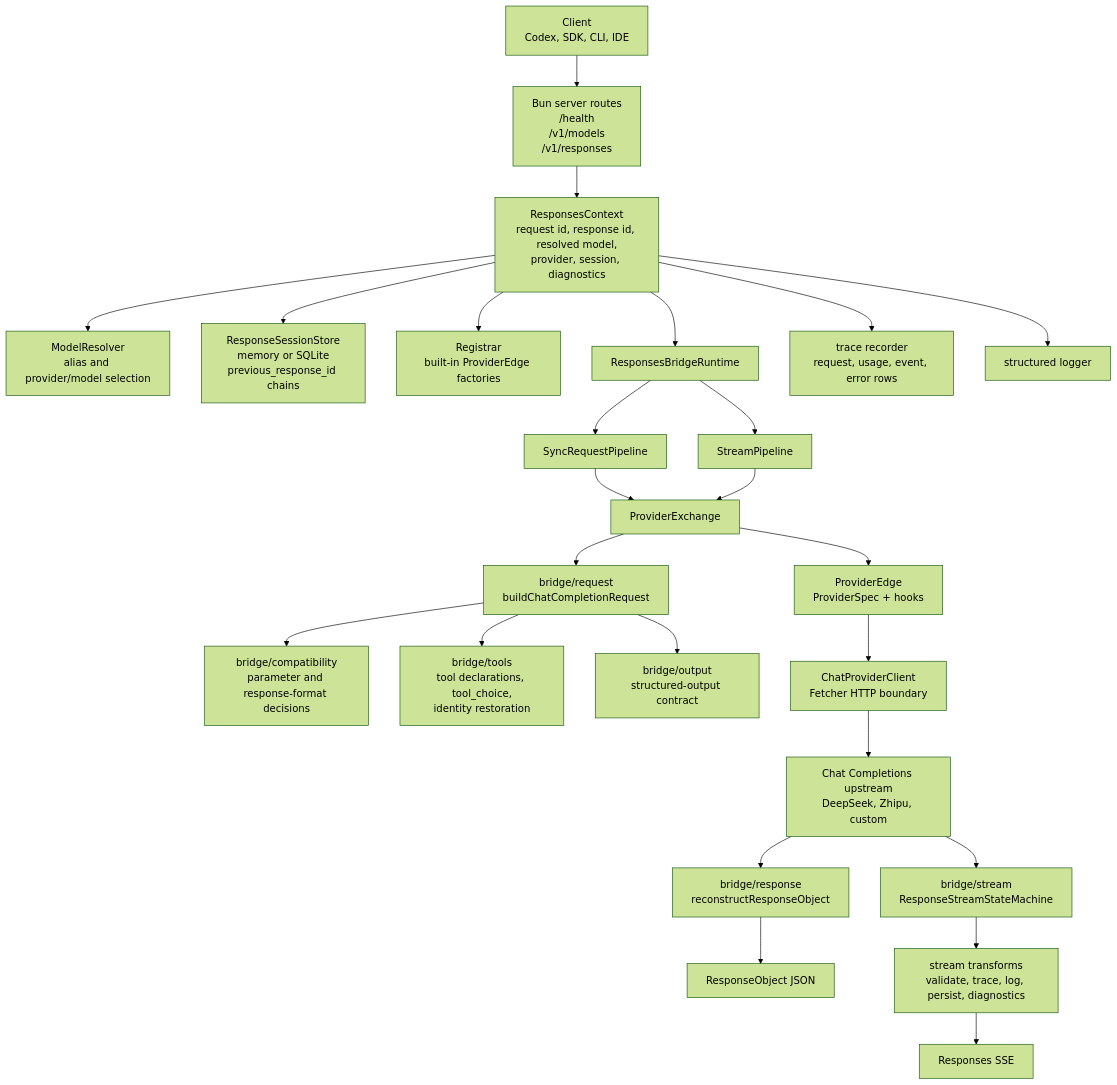
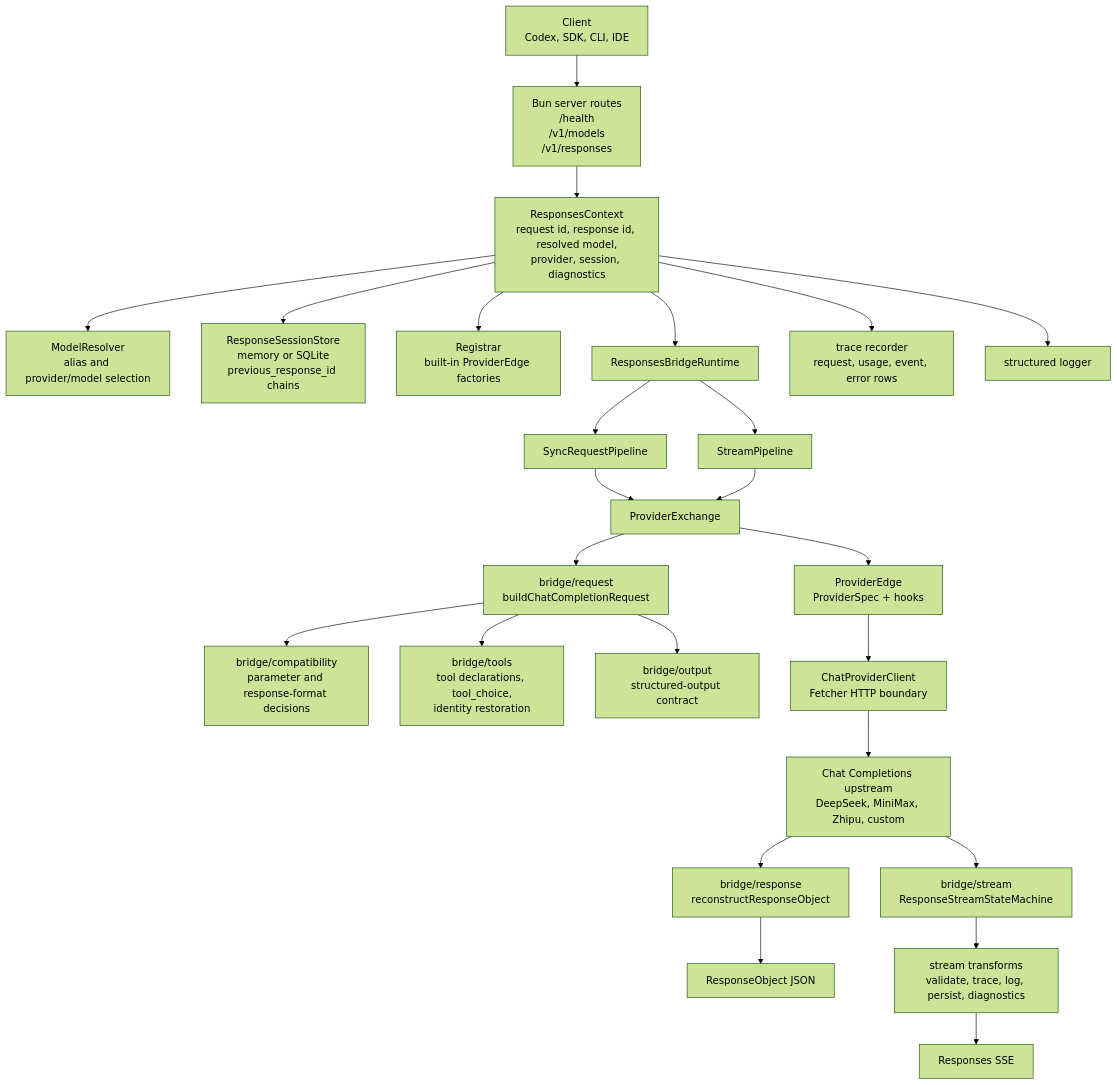
The first of 2 diagrams in README.md (zamelee/GodeX), drawn with Mermaid (forest theme) before and after one commit. The commit also changed other lines of this file and 43 other files, not shown here.

````diff
--- a/README.md
+++ b/README.md
@@ -30,33 +30,33 @@
 ```mermaid
 flowchart TB
   Client["Client<br>Codex, SDK, CLI, IDE"] --> Routes["Bun server routes<br>/health<br>/v1/models<br>/v1/responses"]
   Routes --> Ctx["ResponsesContext<br>request id, response id, resolved model,<br>provider, session, diagnostics"]
 
   Ctx --> Resolver["ModelResolver<br>alias and provider/model selection"]
   Ctx --> Session["ResponseSessionStore<br>memory or SQLite<br>previous_response_id chains"]
   Ctx --> Registrar["Registrar<br>built-in ProviderEdge factories"]
   Ctx --> Runtime["ResponsesBridgeRuntime"]
 
   Runtime --> Sync["SyncRequestPipeline"]
   Runtime --> Stream["StreamPipeline"]
   Sync --> Exchange["ProviderExchange"]
   Stream --> Exchange
 
   Exchange --> Builder["bridge/request<br>buildChatCompletionRequest"]
   Builder --> Compat["bridge/compatibility<br>parameter and response-format decisions"]
   Builder --> Tools["bridge/tools<br>tool declarations, tool_choice,<br>identity restoration"]
   Builder --> Output["bridge/output<br>structured-output contract"]
 
   Exchange --> Edge["ProviderEdge<br>ProviderSpec + hooks"]
   Edge --> ClientHttp["ChatProviderClient<br>Fetcher HTTP boundary"]
-  ClientHttp --> Upstream["Chat Completions upstream<br>DeepSeek, Zhipu, custom"]
+  ClientHttp --> Upstream["Chat Completions upstream<br>DeepSeek, MiniMax, Zhipu, custom"]
 
   Upstream --> SyncRecon["bridge/response<br>reconstructResponseObject"]
   Upstream --> StreamRecon["bridge/stream<br>ResponseStreamStateMachine"]
   SyncRecon --> ResponseJson["ResponseObject JSON"]
   StreamRecon --> StreamTransforms["stream transforms<br>validate, trace, log, persist, diagnostics"]
   StreamTransforms --> Sse["Responses SSE"]
 
   Ctx --> Trace["trace recorder<br>request, usage, event, error rows"]
   Ctx --> Logger["structured logger"]
 ```
````
